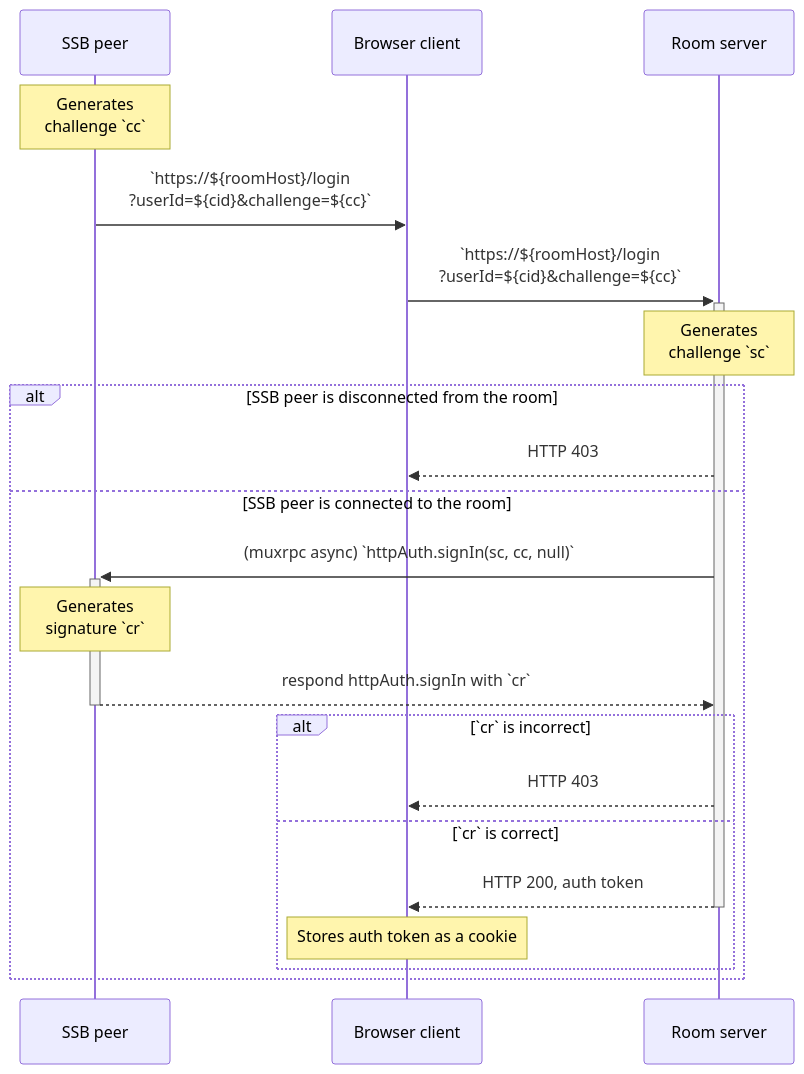
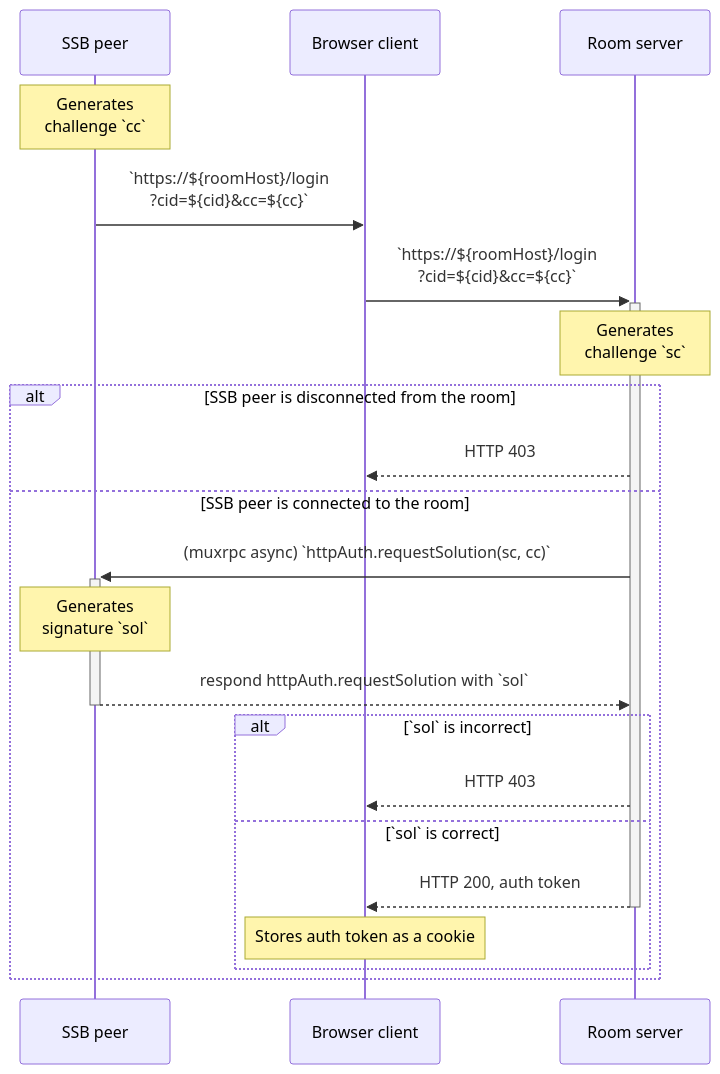
The first of 4 diagrams in docs/Setup/Sign-in with SSB.md (ssbc/rooms2), drawn with Mermaid before and after one commit. The commit also changed other lines of this file and 1 other file, not shown here.

Commit message:
change muxrpc structure of sign-in with ssb

````diff
--- a/docs/Setup/Sign-in with SSB.md
+++ b/docs/Setup/Sign-in with SSB.md
@@ -31,24 +31,24 @@
 ```mermaid
 sequenceDiagram
   participant Umux as SSB peer
   participant Uweb as Browser client
   participant R as Room server
 
   note over Umux: Generates<br/>challenge `cc`
-  Umux->>Uweb: `https://${roomHost}/login<br/>?userId=${cid}&challenge=${cc}`
-  Uweb->>+R: `https://${roomHost}/login<br/>?userId=${cid}&challenge=${cc}`
+  Umux->>Uweb: `https://${roomHost}/login<br/>?cid=${cid}&cc=${cc}`
+  Uweb->>+R: `https://${roomHost}/login<br/>?cid=${cid}&cc=${cc}`
   Note over R: Generates<br/>challenge `sc`
   alt SSB peer is disconnected from the room
     R-->>Uweb: HTTP 403
   else SSB peer is connected to the room
-    R->>+Umux: (muxrpc async) `httpAuth.signIn(sc, cc, null)`
-    Note over Umux: Generates<br/>signature `cr`
-    Umux-->>-R: respond httpAuth.signIn with `cr`
-    alt `cr` is incorrect
+    R->>+Umux: (muxrpc async) `httpAuth.requestSolution(sc, cc)`
+    Note over Umux: Generates<br/>signature `sol`
+    Umux-->>-R: respond httpAuth.requestSolution with `sol`
+    alt `sol` is incorrect
       R-->>Uweb: HTTP 403
-    else `cr` is correct
+    else `sol` is correct
       R-->>-Uweb: HTTP 200, auth token
       Note over Uweb: Stores auth token as a cookie
     end
   end
 ```
````
